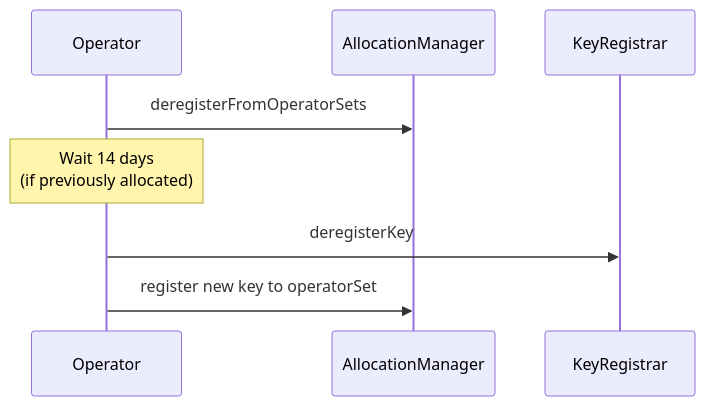
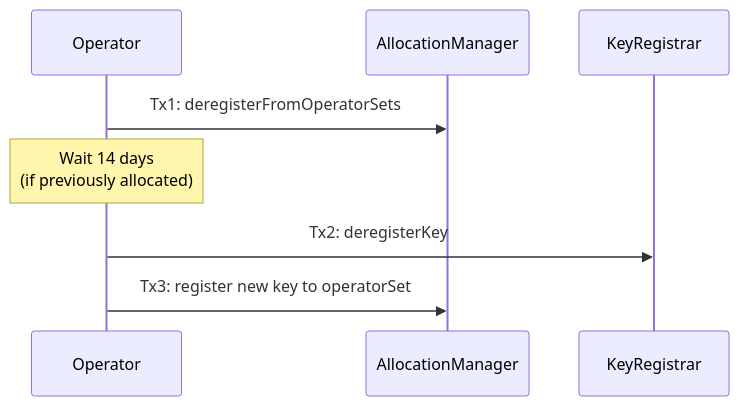
One commit to Layr-Labs/eigenlayer-contracts changed the second of 2 diagrams in docs/permissions/KeyRegistrar.md. Above: the diagram before and after it, drawn with Mermaid. The commit also changed other lines of this file, not shown here.

````diff
--- a/docs/permissions/KeyRegistrar.md
+++ b/docs/permissions/KeyRegistrar.md
@@ -251,11 +253,11 @@
 ```mermaid
 sequenceDiagram
     participant OP as Operator
     participant AM as AllocationManager
     participant KR as KeyRegistrar
 
-    OP->>AM: deregisterFromOperatorSets
+    OP->>AM: Tx1: deregisterFromOperatorSets
     Note over OP: Wait 14 days<br>(if previously allocated)
-    OP->>KR: deregisterKey
-    OP->>AM: register new key to operatorSet
+    OP->>KR: Tx2: deregisterKey
+    OP->>AM: Tx3: register new key to operatorSet
 ```
````
